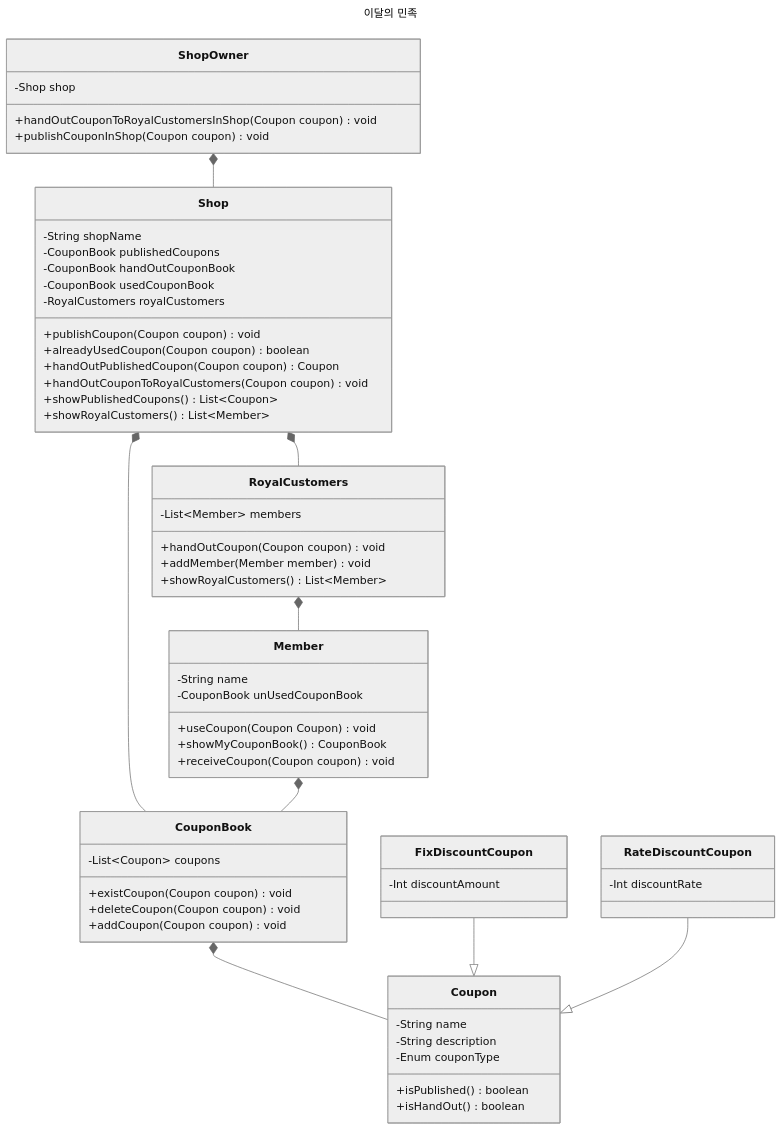
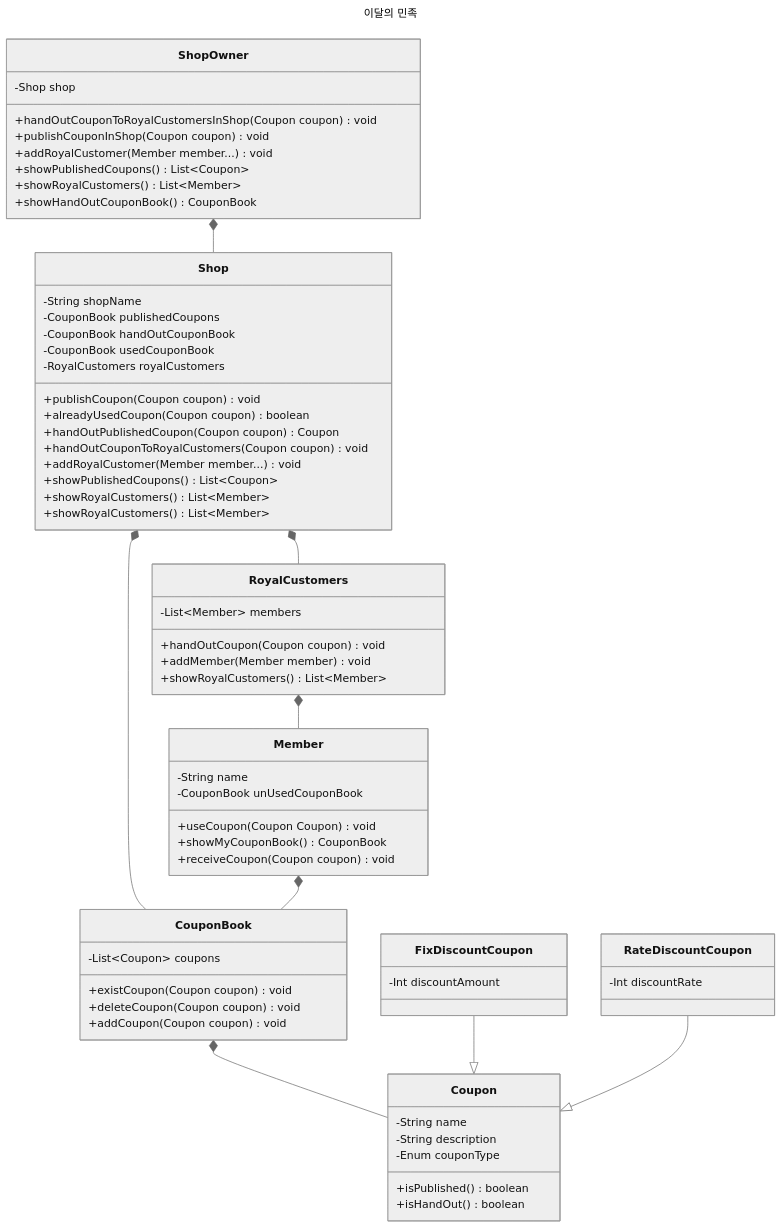
Before and after one commit to Exagonal-Study/est-delivery: the first of 2 diagrams in README.md, drawn with Mermaid (neutral theme). The commit also changed 6 other files, not shown here.

````diff
--- a/README.md
+++ b/README.md
@@ -41,73 +41,79 @@
 ```mermaid
 ---
 title: 이달의 민족
 ---
 classDiagram
     Shop *-- CouponBook
     Shop *-- RoyalCustomers
     RoyalCustomers *-- Member
     Member *-- CouponBook
     CouponBook *-- Coupon
     FixDiscountCoupon --|> Coupon
     RateDiscountCoupon --|> Coupon
     ShopOwner *-- Shop
 
     class CouponBook{
 			-List~Coupon~ coupons
 			+existCoupon(Coupon coupon) void
 			+deleteCoupon(Coupon coupon) void
 			+addCoupon(Coupon coupon) void
     }
 
     class Coupon{
 			-String name
 			-String description
 			-Enum couponType
 			+isPublished() boolean
 			+isHandOut() boolean
     }
 
     class FixDiscountCoupon{
 			-Int discountAmount
     }
 
     class RateDiscountCoupon{
 			-Int discountRate
     }
 
     class Member{
 			-String name
 			-CouponBook unUsedCouponBook
 			+useCoupon(Coupon Coupon) void
 			+showMyCouponBook() CouponBook
 			+receiveCoupon(Coupon coupon) void
     }
 
 		class ShopOwner{
 			-Shop shop
 			+handOutCouponToRoyalCustomersInShop(Coupon coupon) void
 			+publishCouponInShop(Coupon coupon) void
+			+addRoyalCustomer(Member member...) void
+			+showPublishedCoupons() List~Coupon~
+			+showRoyalCustomers() List~Member~
+			+showHandOutCouponBook() CouponBook
 		}
 
 		class Shop{
 			-String shopName
 			-CouponBook publishedCoupons
             -CouponBook handOutCouponBook
 			-CouponBook usedCouponBook
 			-RoyalCustomers royalCustomers
 			+publishCoupon(Coupon coupon) void
 			+alreadyUsedCoupon(Coupon coupon) boolean
 			+handOutPublishedCoupon(Coupon coupon) Coupon
 			+handOutCouponToRoyalCustomers(Coupon coupon) void
+            +addRoyalCustomer(Member member...) void
 			+showPublishedCoupons() List~Coupon~
+            +showRoyalCustomers() List~Member~
 			+showRoyalCustomers() List~Member~
 		}
 
 		class RoyalCustomers{
 			-List~Member~ members
 			+handOutCoupon(Coupon coupon) void
 			+addMember(Member member) void
 			+showRoyalCustomers() List~Member~
 		}
 
 ```
````
